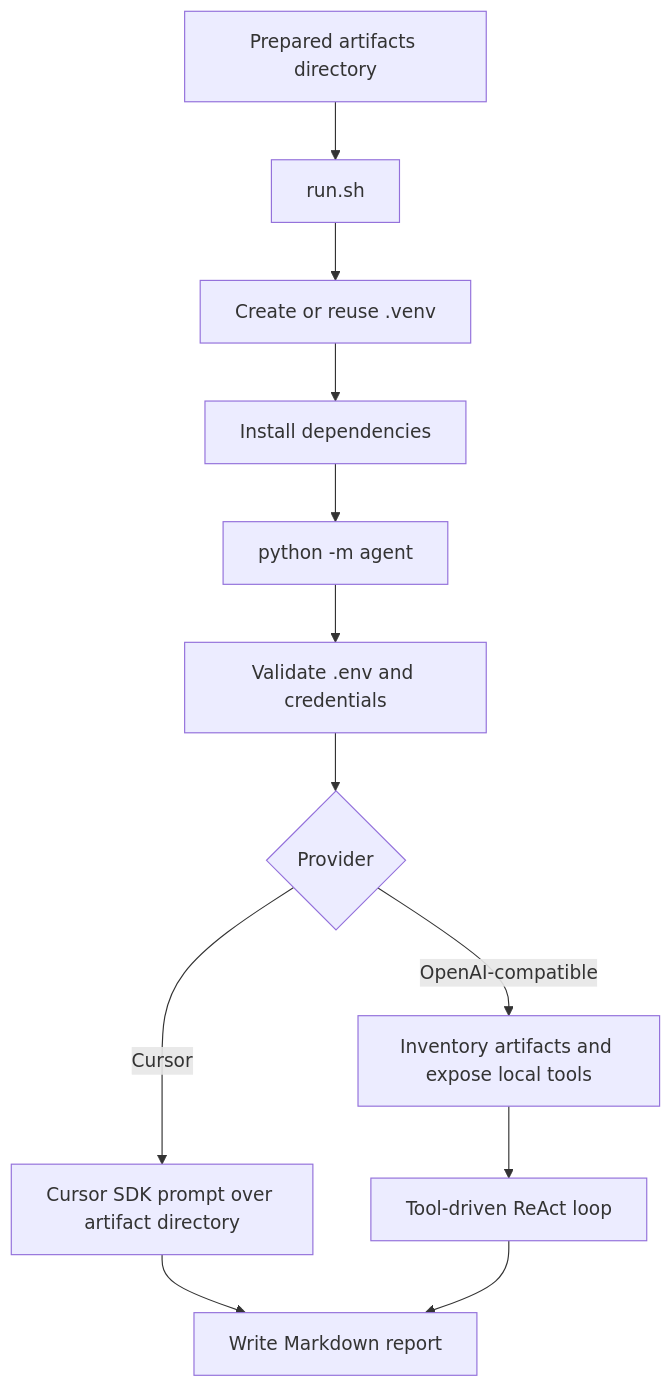
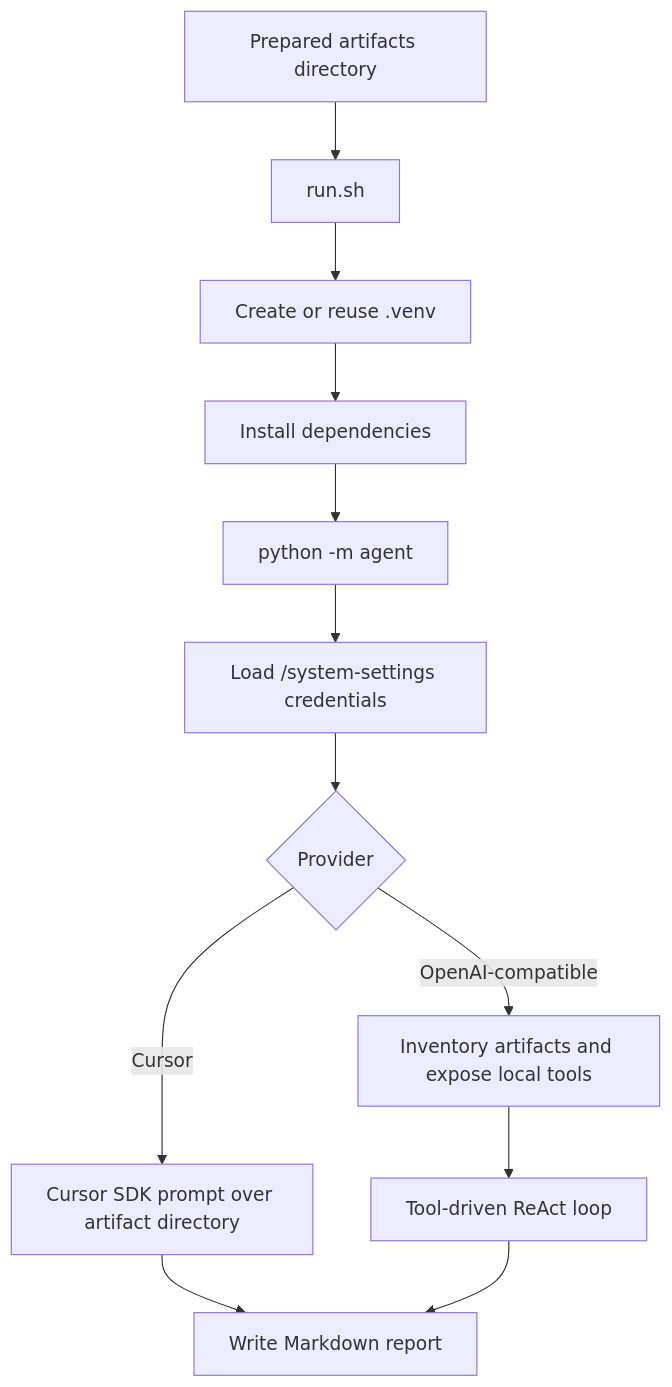
One commit to ShiftWise-AI/kubeoptix-analyzer changed the diagram in README.md. Above: the diagram before and after it, drawn with Mermaid. The commit also changed other lines of this file and 10 other files, not shown here.

````diff
--- a/README.md
+++ b/README.md
@@ -280,14 +283,14 @@
 ```mermaid
 flowchart TD
     A[Prepared artifacts directory] --> B[run.sh]
     B --> C[Create or reuse .venv]
     C --> D[Install dependencies]
     D --> E[python -m agent]
-    E --> F[Validate .env and credentials]
+    E --> F[Load /system-settings credentials]
     F --> G{Provider}
     G -->|Cursor| H[Cursor SDK prompt over artifact directory]
     G -->|OpenAI-compatible| I[Inventory artifacts and expose local tools]
     I --> J[Tool-driven ReAct loop]
     H --> K[Write Markdown report]
     J --> K
 ```
````
